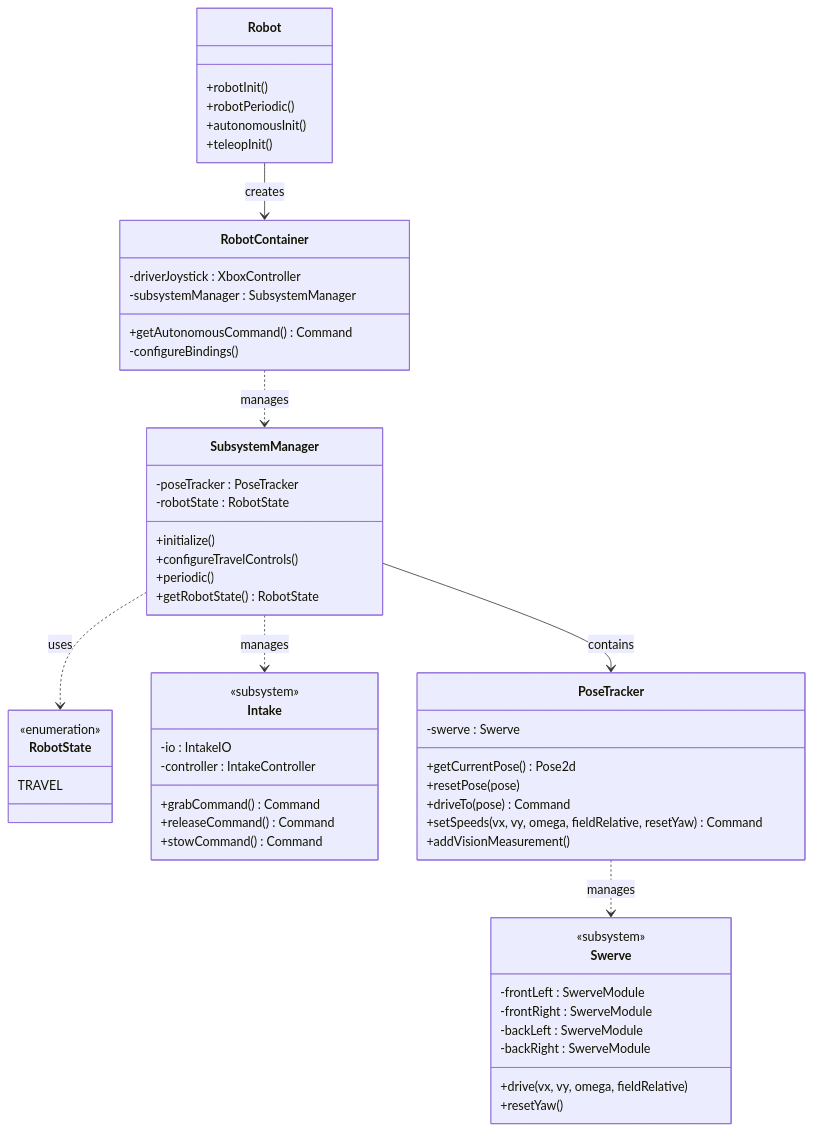
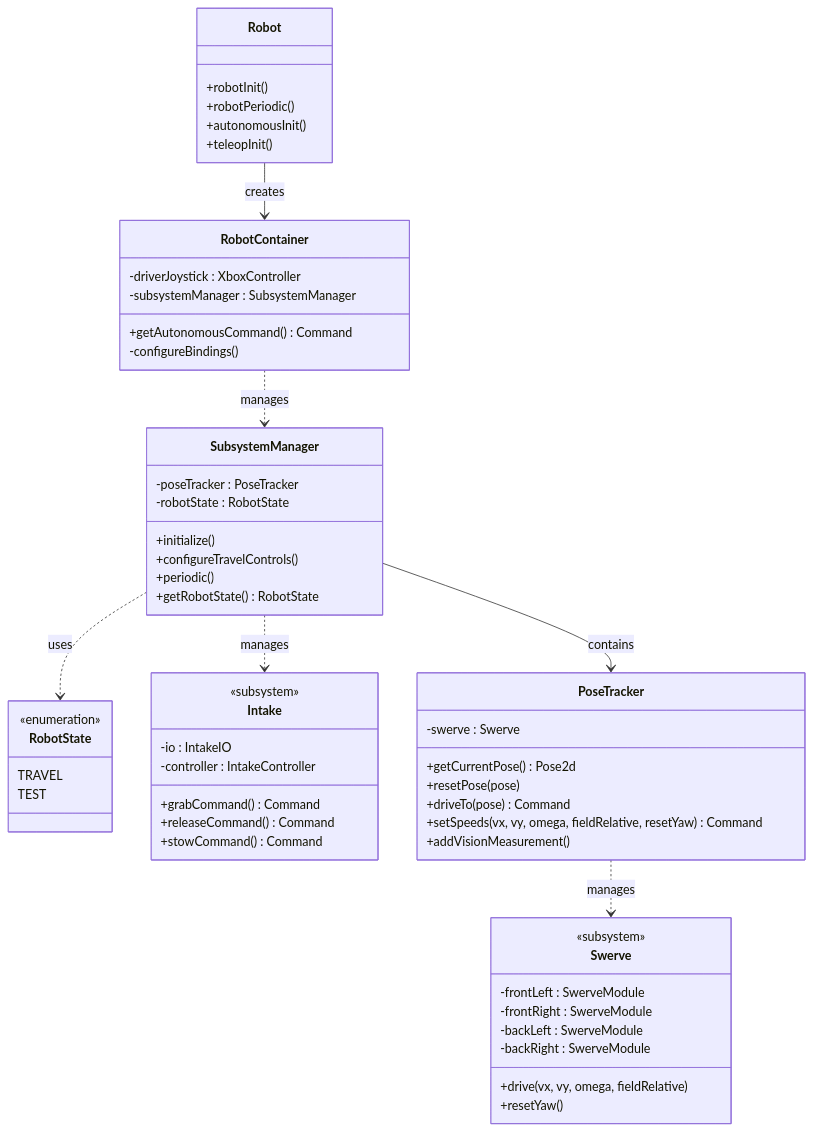
One commit to FIRST-Nautilus-4010/FRCRebuilt2026-Progra changed the second of 4 diagrams in README.md. Above: the diagram before and after it, drawn with Mermaid.

Commit message:
Add TEST state to RobotState enumeration

````diff
--- a/README.md
+++ b/README.md
@@ -153,65 +153,66 @@
 ```mermaid
 classDiagram
     class Robot {
         +robotInit()
         +robotPeriodic()
         +autonomousInit()
         +teleopInit()
     }
     
     class RobotContainer {
         -driverJoystick : XboxController
         -subsystemManager : SubsystemManager
         +getAutonomousCommand() Command
         -configureBindings()
     }
     
     class SubsystemManager {
         -poseTracker : PoseTracker
         -robotState : RobotState
         +initialize()
         +configureTravelControls()
         +periodic()
         +getRobotState() RobotState
     }
     
     class RobotState {
         <<enumeration>>
         TRAVEL
+        TEST
     }
     
     class Swerve {
         <<subsystem>>
         -frontLeft : SwerveModule
         -frontRight : SwerveModule
         -backLeft : SwerveModule
         -backRight : SwerveModule
         +drive(vx, vy, omega, fieldRelative)
         +resetYaw()
     }
     
     class Intake {
         <<subsystem>>
         -io : IntakeIO
         -controller : IntakeController
         +grabCommand() Command
         +releaseCommand() Command
         +stowCommand() Command
     }
     
     class PoseTracker {
         -swerve : Swerve
         +getCurrentPose() Pose2d
         +resetPose(pose)
         +driveTo(pose) Command
         +setSpeeds(vx, vy, omega, fieldRelative, resetYaw) Command
         +addVisionMeasurement()
     }
 
     Robot --> RobotContainer : creates
     RobotContainer ..> SubsystemManager : manages
     SubsystemManager --> PoseTracker : contains
     SubsystemManager ..> RobotState : uses
     PoseTracker ..> Swerve : manages
     SubsystemManager ..> Intake : manages
 ```
````
